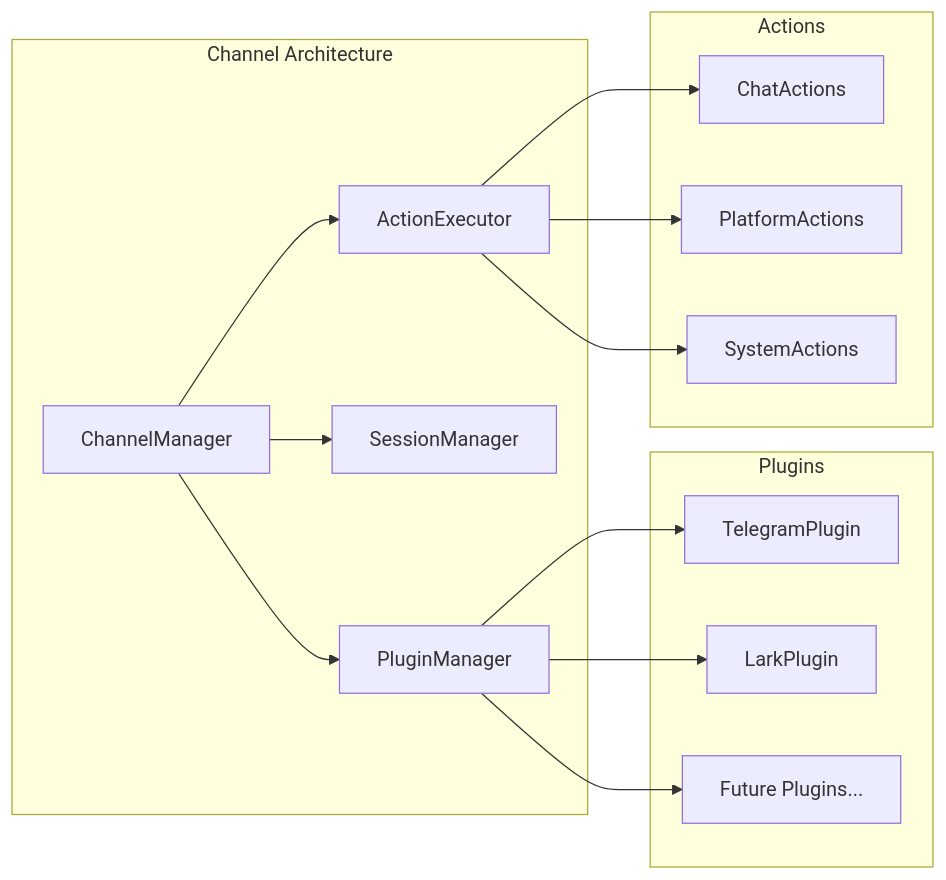
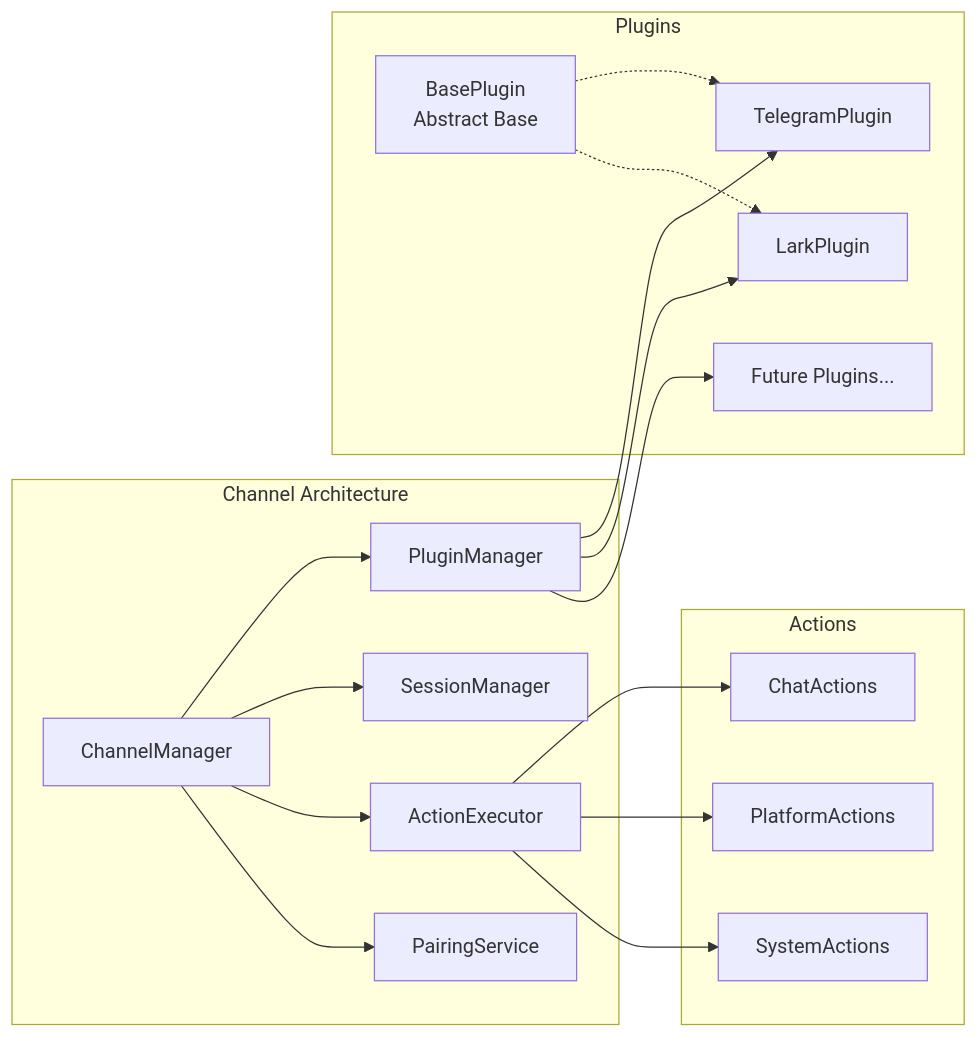
One commit to jrmatherly/aionui changed the fourth of 12 diagrams in docs/architecture/ARCHITECTURE.md. Above: the diagram before and after it, drawn with Mermaid. The commit also changed other lines of this file, not shown here.

First line of the commit message:
docs(architecture): comprehensive update to reflect current enterprise features

````diff
--- a/docs/architecture/ARCHITECTURE.md
+++ b/docs/architecture/ARCHITECTURE.md
@@ -152,31 +178,36 @@
 ```mermaid
 graph LR
     subgraph "Channel Architecture"
         CM[ChannelManager]
         PM[PluginManager]
         SM[SessionManager]
         AE[ActionExecutor]
+        PS[PairingService]
     end
 
     subgraph "Plugins"
+        BP[BasePlugin<br/>Abstract Base]
         TP[TelegramPlugin]
         LP[LarkPlugin]
         FP[Future Plugins...]
     end
 
     subgraph "Actions"
         CA[ChatActions]
         PA[PlatformActions]
         SA[SystemActions]
     end
 
     CM --> PM
     CM --> SM
     CM --> AE
+    CM --> PS
     PM --> TP
     PM --> LP
     PM --> FP
+    BP -.-> TP
+    BP -.-> LP
     AE --> CA
     AE --> PA
     AE --> SA
 ```
````
